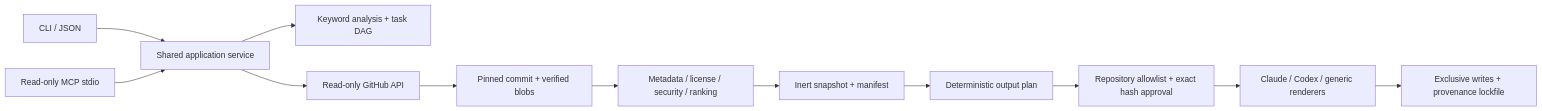
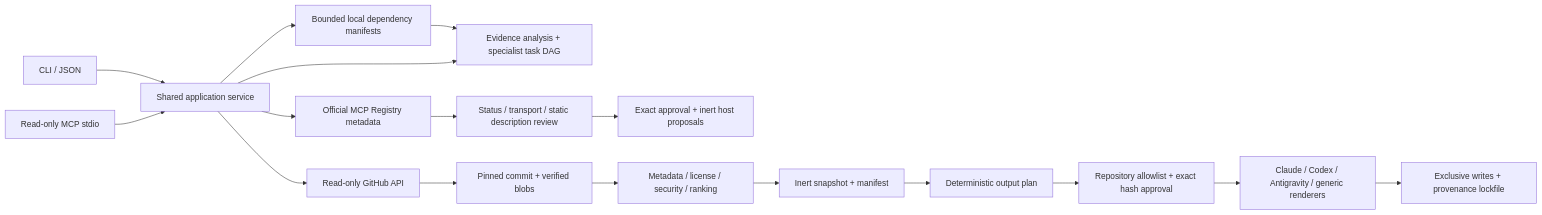
One commit to etrkk5/stratagent changed the diagram in docs/architecture.md. Above: the diagram before and after it, drawn with Mermaid. The commit also changed other lines of this file and 31 other files, not shown here.

Commit message:
Build platform-agnostic project-aware workspace architect

````diff
--- a/docs/architecture.md
+++ b/docs/architecture.md
@@ -5,14 +5,19 @@
 ```mermaid
 flowchart LR
     CLI[CLI / JSON] --> Service[Shared application service]
     MCP[Read-only MCP stdio] --> Service
-    Service --> Planner[Keyword analysis + task DAG]
+    Service --> Project[Bounded local dependency manifests]
+    Project --> Planner[Evidence analysis + specialist task DAG]
+    Service --> Planner
+    Service --> Registry[Official MCP Registry metadata]
+    Registry --> MetadataReview[Status / transport / static description review]
+    MetadataReview --> Proposal[Exact approval + inert host proposals]
     Service --> GitHub[Read-only GitHub API]
     GitHub --> Snapshot[Pinned commit + verified blobs]
     Snapshot --> Review[Metadata / license / security / ranking]
     Review --> Cache[Inert snapshot + manifest]
     Cache --> Preview[Deterministic output plan]
     Preview --> Gate[Repository allowlist + exact hash approval]
-    Gate --> Adapters[Claude / Codex / generic renderers]
+    Gate --> Adapters[Claude / Codex / Antigravity / generic renderers]
     Adapters --> Lock[Exclusive writes + provenance lockfile]
 ```
````
